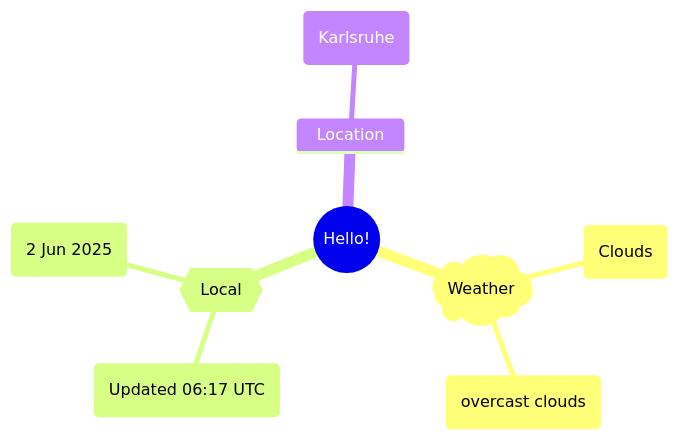
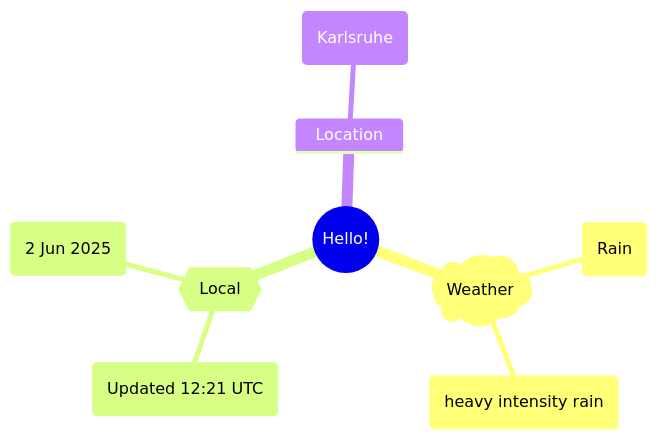
One commit to Xosrov/Xosrov changed the first of 2 diagrams in README.md. Above: the diagram before and after it, drawn with Mermaid.

Commit message:
[bot] updated images

````diff
--- a/README.md
+++ b/README.md
@@ -3,12 +3,12 @@
 ```mermaid
 mindmap
   root((Hello!))
     )Weather(
-        (Clouds)
-        (overcast clouds)
+        (Rain)
+        (heavy intensity rain)
     {{Local}}
-        (Updated 06:17 UTC)
+        (Updated 12:21 UTC)
         (2 Jun 2025)
     Location
         (Karlsruhe)
 ```
````
